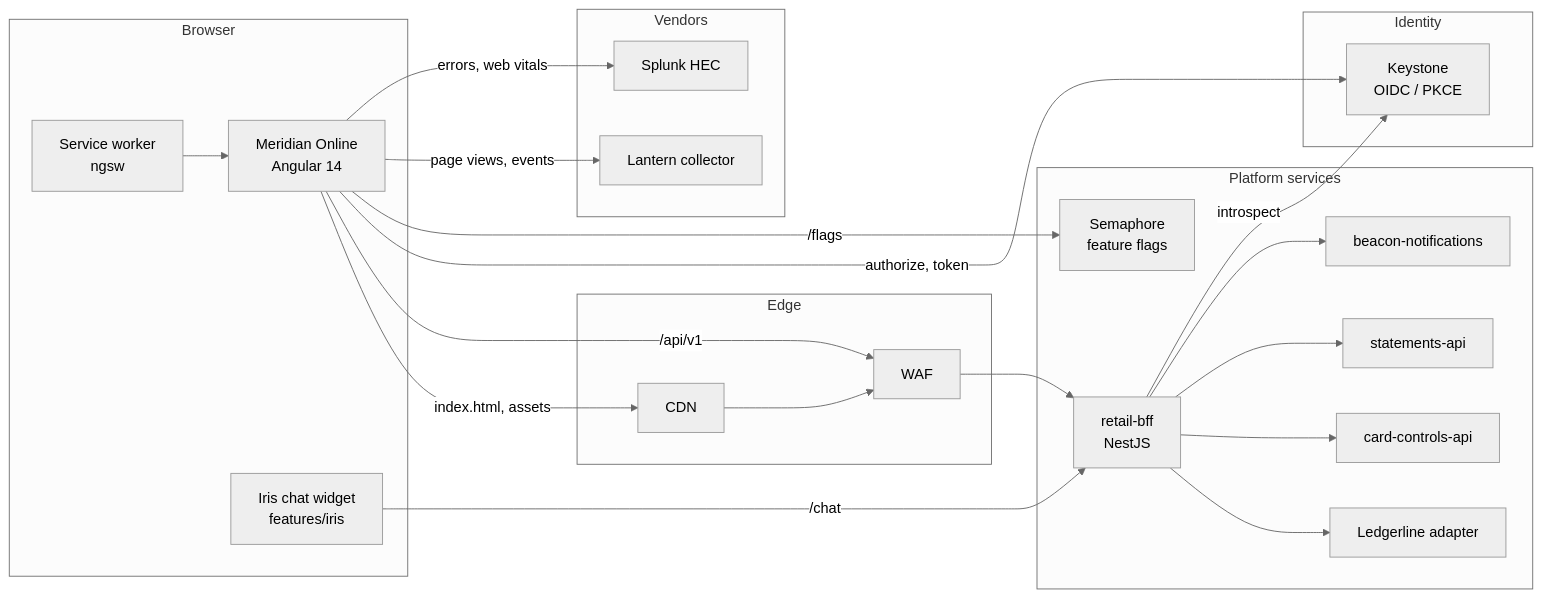
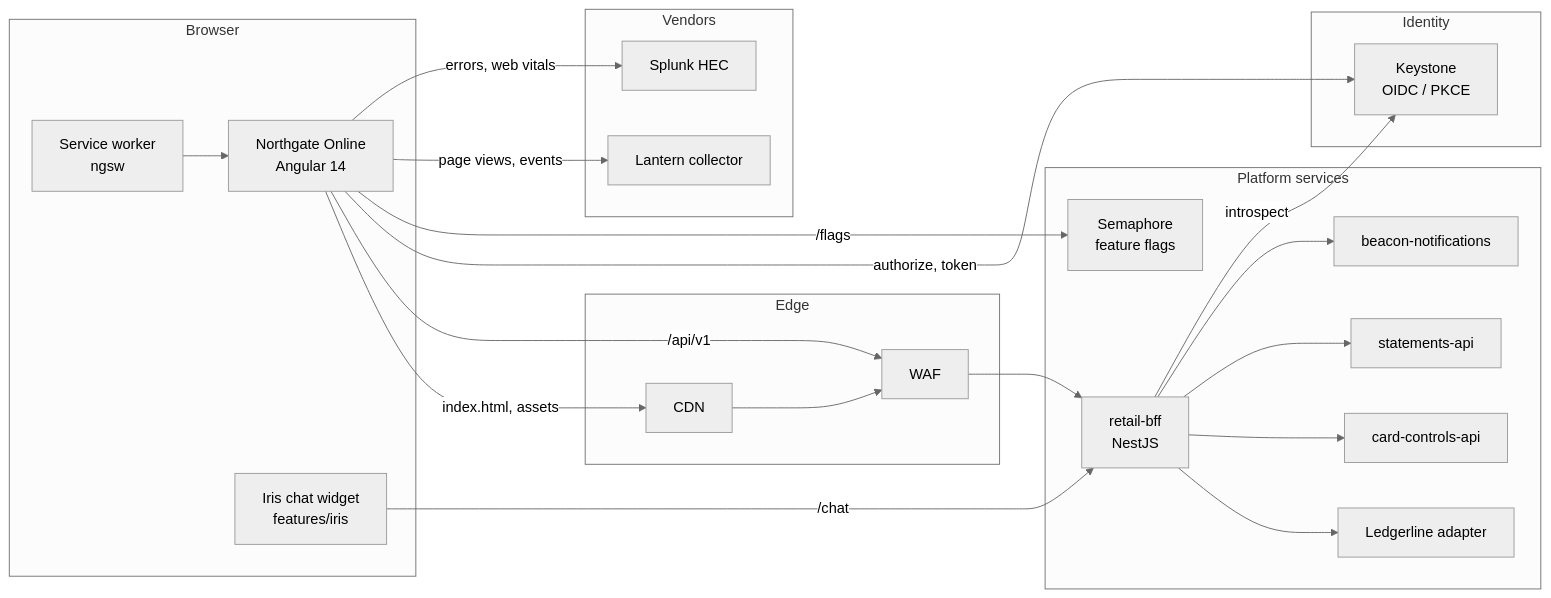
One commit to rhys-j-williams/northgate-retail-web changed the diagram in docs/architecture.md. Above: the diagram before and after it, drawn with Mermaid (neutral theme). The commit also changed other lines of this file and 120 other files, not shown here.

First line of the commit message:
PLAT-2620 rename the Meridian estate to Northgate

````diff
--- a/docs/architecture.md
+++ b/docs/architecture.md
@@ -13,46 +13,46 @@
 ```mermaid
 flowchart LR
   subgraph Browser
     SW[Service worker\nngsw]
-    APP[Meridian Online\nAngular 14]
+    APP[Northgate Online\nAngular 14]
     IRIS[Iris chat widget\nfeatures/iris]
   end
 
   subgraph Edge
     CDN[CDN]
     WAF[WAF]
   end
 
   subgraph Identity
     KEY[Keystone\nOIDC / PKCE]
   end
 
   subgraph Platform services
     BFF[retail-bff\nNestJS]
     SEM[Semaphore\nfeature flags]
     LDG[Ledgerline adapter]
     CARDS[card-controls-api]
     STMT[statements-api]
     ALERT[beacon-notifications]
   end
 
   subgraph Vendors
     LANTERN[Lantern collector]
     SPLUNK[Splunk HEC]
   end
 
   SW --> APP
   APP -->|index.html, assets| CDN
   CDN --> WAF
   APP -->|/api/v1| WAF --> BFF
   APP -->|authorize, token| KEY
   APP -->|/flags| SEM
   APP -->|page views, events| LANTERN
   APP -->|errors, web vitals| SPLUNK
   IRIS -->|/chat| BFF
   BFF --> LDG
   BFF --> CARDS
   BFF --> STMT
   BFF --> ALERT
   BFF -->|introspect| KEY
 ```
````
